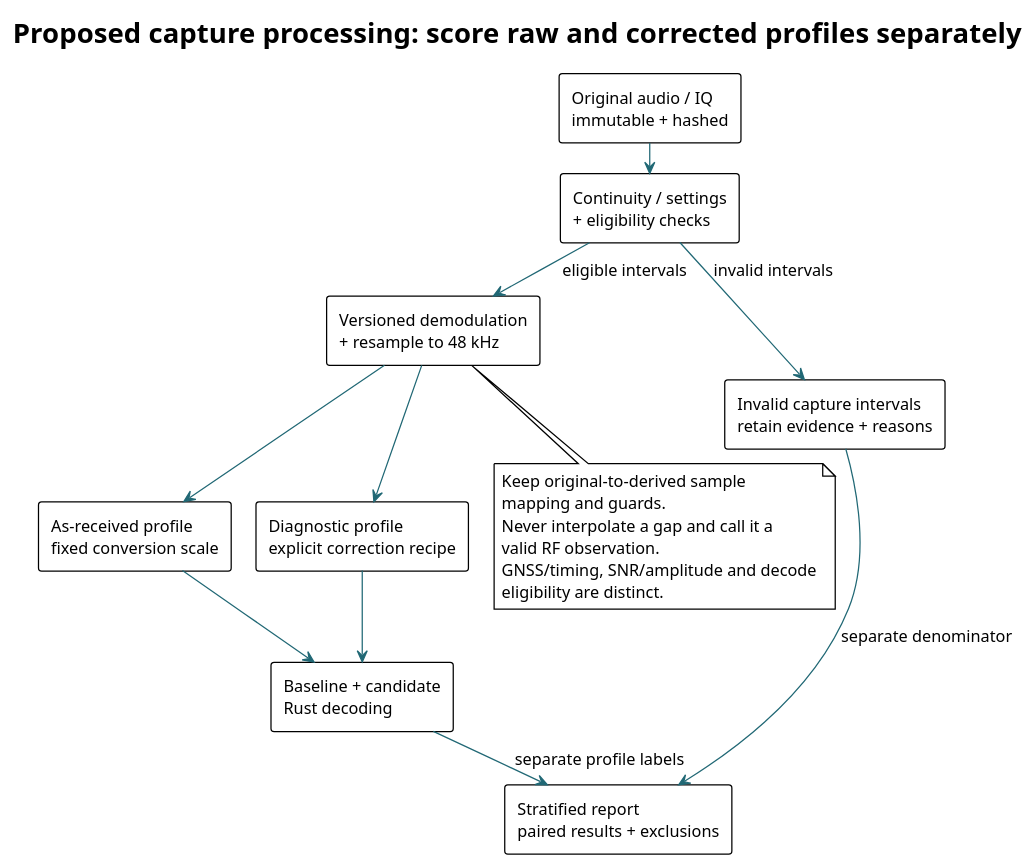
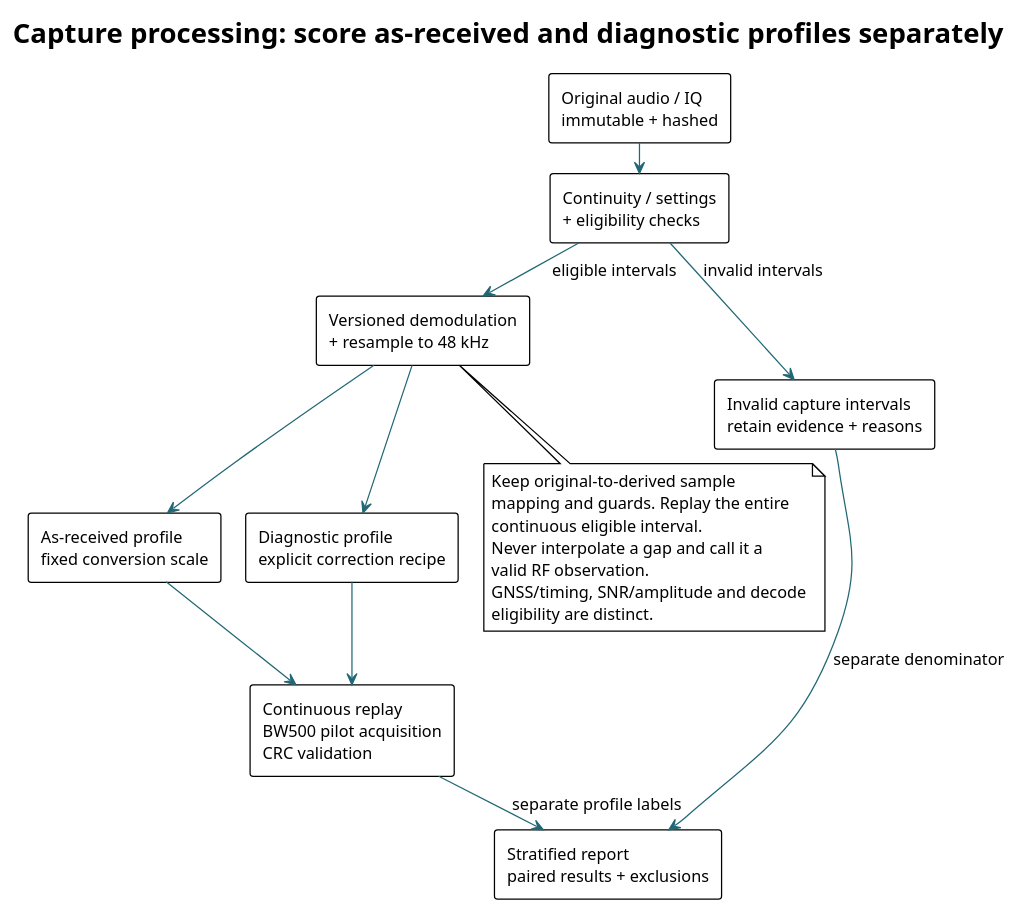
The diagram in docs/testing/diagrams/capture-processing.puml (8r4n/linkwise), drawn with PlantUML before and after one commit. The commit also changed 4 other files, not shown here.

Commit message:
docs: update KiwiSDR test plan for continuous replay

```diff
--- a/docs/testing/diagrams/capture-processing.puml
+++ b/docs/testing/diagrams/capture-processing.puml
@@ -1,38 +1,39 @@
 @startuml Kiwi_Capture_Processing
 !theme plain
 skinparam backgroundColor white
 skinparam shadowing false
 skinparam defaultFontName "Latin Modern Roman"
 skinparam defaultFontSize 13
 skinparam ArrowColor #216875
 skinparam packageStyle rectangle
 skinparam nodesep 20
 skinparam ranksep 24
-title Proposed capture processing: score raw and corrected profiles separately
+title Capture processing: score as-received and diagnostic profiles separately
 top to bottom direction
 rectangle "Original audio / IQ\nimmutable + hashed" as Original
 rectangle "Continuity / settings\n+ eligibility checks" as Check
 rectangle "Versioned demodulation\n+ resample to 48 kHz" as Import
 rectangle "As-received profile\nfixed conversion scale" as Raw
 rectangle "Diagnostic profile\nexplicit correction recipe" as Diagnostic
-rectangle "Baseline + candidate\nRust decoding" as Decode
+rectangle "Continuous replay\nBW500 pilot acquisition\nCRC validation" as Decode
 rectangle "Stratified report\npaired results + exclusions" as Report
 rectangle "Invalid capture intervals\nretain evidence + reasons" as Invalid
 Original --> Check
 Check --> Import : eligible intervals
 Check --> Invalid : invalid intervals
 Import --> Raw
 Import --> Diagnostic
 Raw --> Decode
 Diagnostic --> Decode
 Decode --> Report : separate profile labels
 Invalid --> Report : separate denominator
 note bottom of Import
 Keep original-to-derived sample
-mapping and guards.
+mapping and guards. Replay the entire
+continuous eligible interval.
 Never interpolate a gap and call it a
 valid RF observation.
 GNSS/timing, SNR/amplitude and decode
 eligibility are distinct.
 end note
 @enduml
```
